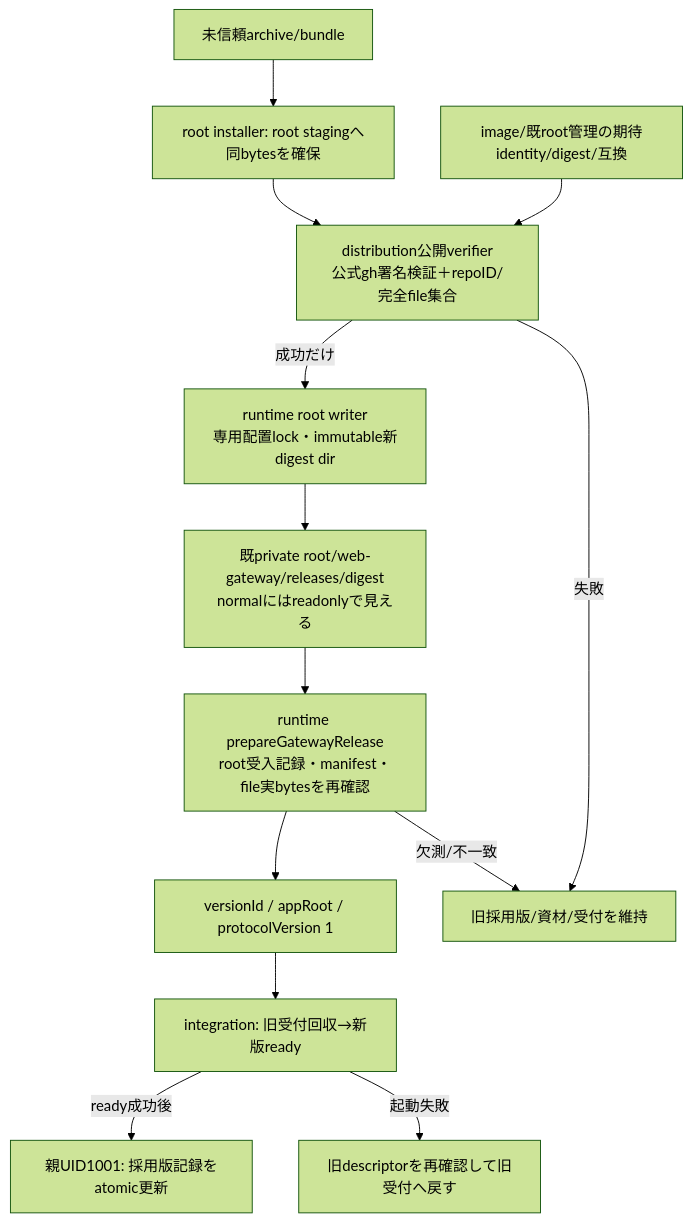
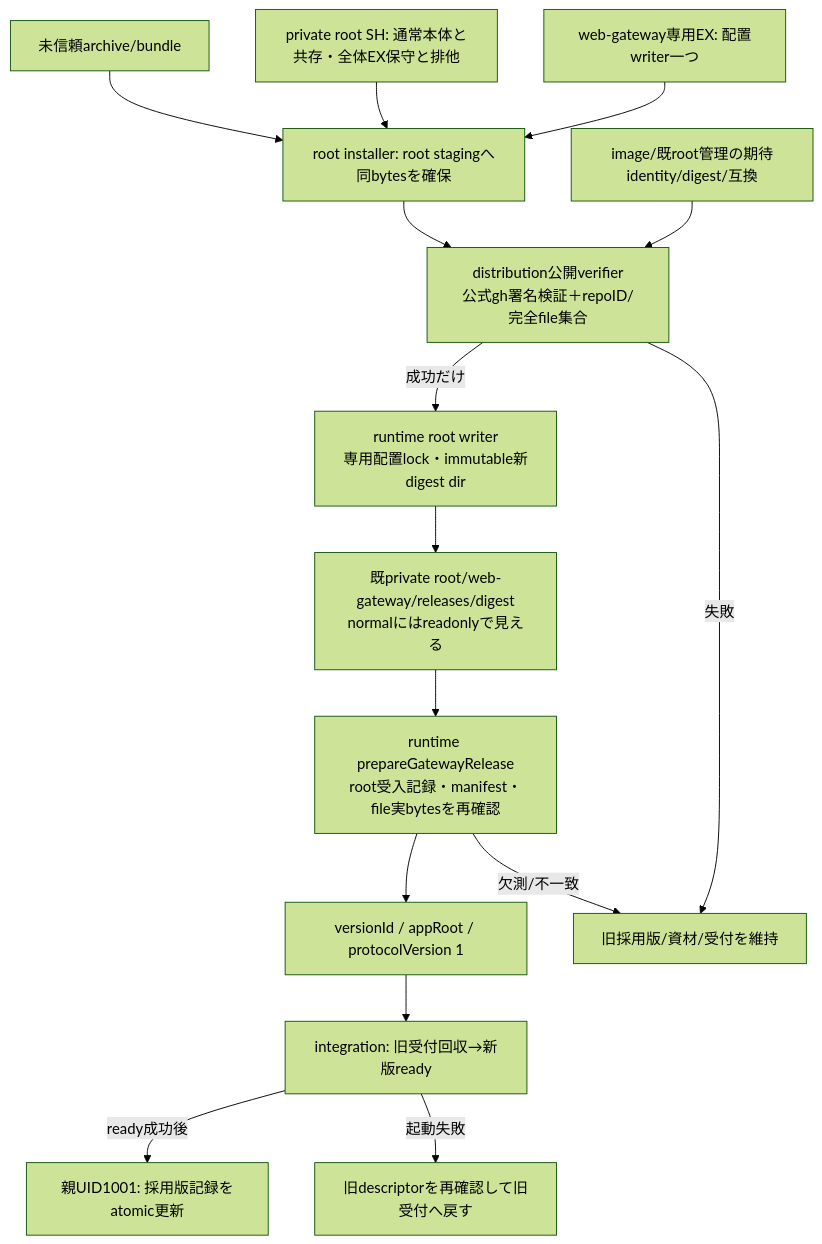
The diagram in docs/architecture/modules/runtime/web-gateway-release.md (kitepon/BellTeam), drawn with Mermaid (forest theme) before and after one commit. The commit also changed other lines of this file and 7 other files, not shown here.

````diff
--- a/docs/architecture/modules/runtime/web-gateway-release.md
+++ b/docs/architecture/modules/runtime/web-gateway-release.md
@@ -5,15 +5,17 @@
 ```mermaid
 flowchart TD
   Untrusted[未信頼archive/bundle] --> Snapshot[root installer: root stagingへ同bytesを確保]
   Policy[image/既root管理の期待identity/digest/互換] --> Verify[distribution公開verifier<br/>公式gh署名検証＋repoID/完全file集合]
   Snapshot --> Verify
+  Shared[private root SH: 通常本体と共存・全体EX保守と排他] --> Snapshot
+  Component[web-gateway専用EX: 配置writer一つ] --> Snapshot
   Verify -->|成功だけ| Place[runtime root writer<br/>専用配置lock・immutable新digest dir]
   Place --> Store[既private root/web-gateway/releases/digest<br/>normalにはreadonlyで見える]
   Store --> Prepare[runtime prepareGatewayRelease<br/>root受入記録・manifest・file実bytesを再確認]
   Prepare --> Descriptor[versionId / appRoot / protocolVersion 1]
   Descriptor --> Switch[integration: 旧受付回収→新版ready]
   Switch -->|ready成功後| Adopt[親UID1001: 採用版記録をatomic更新]
   Switch -->|起動失敗| Previous[旧descriptorを再確認して旧受付へ戻す]
   Verify -->|失敗| Keep[旧採用版/資材/受付を維持]
   Prepare -->|欠測/不一致| Keep
 ```
````
